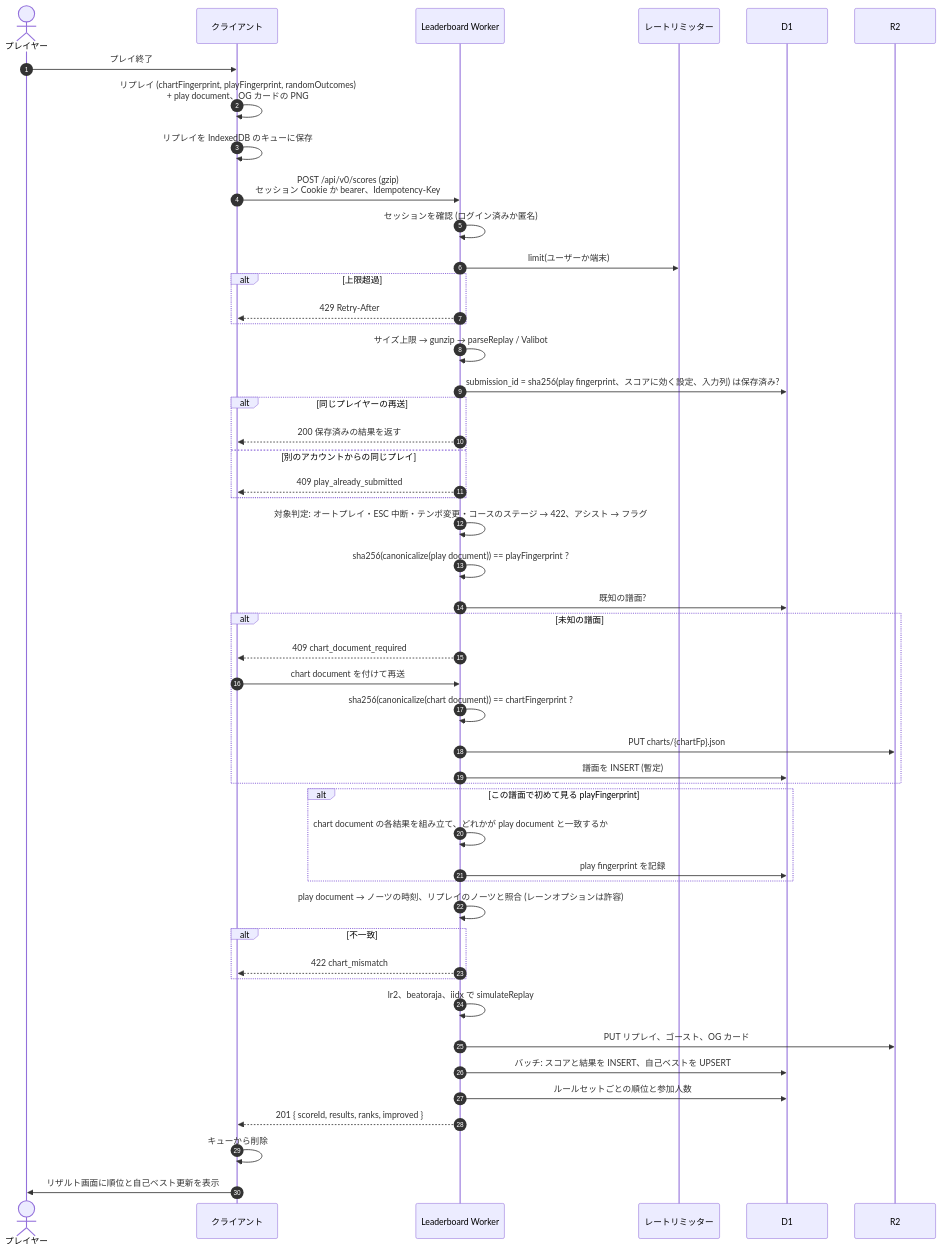
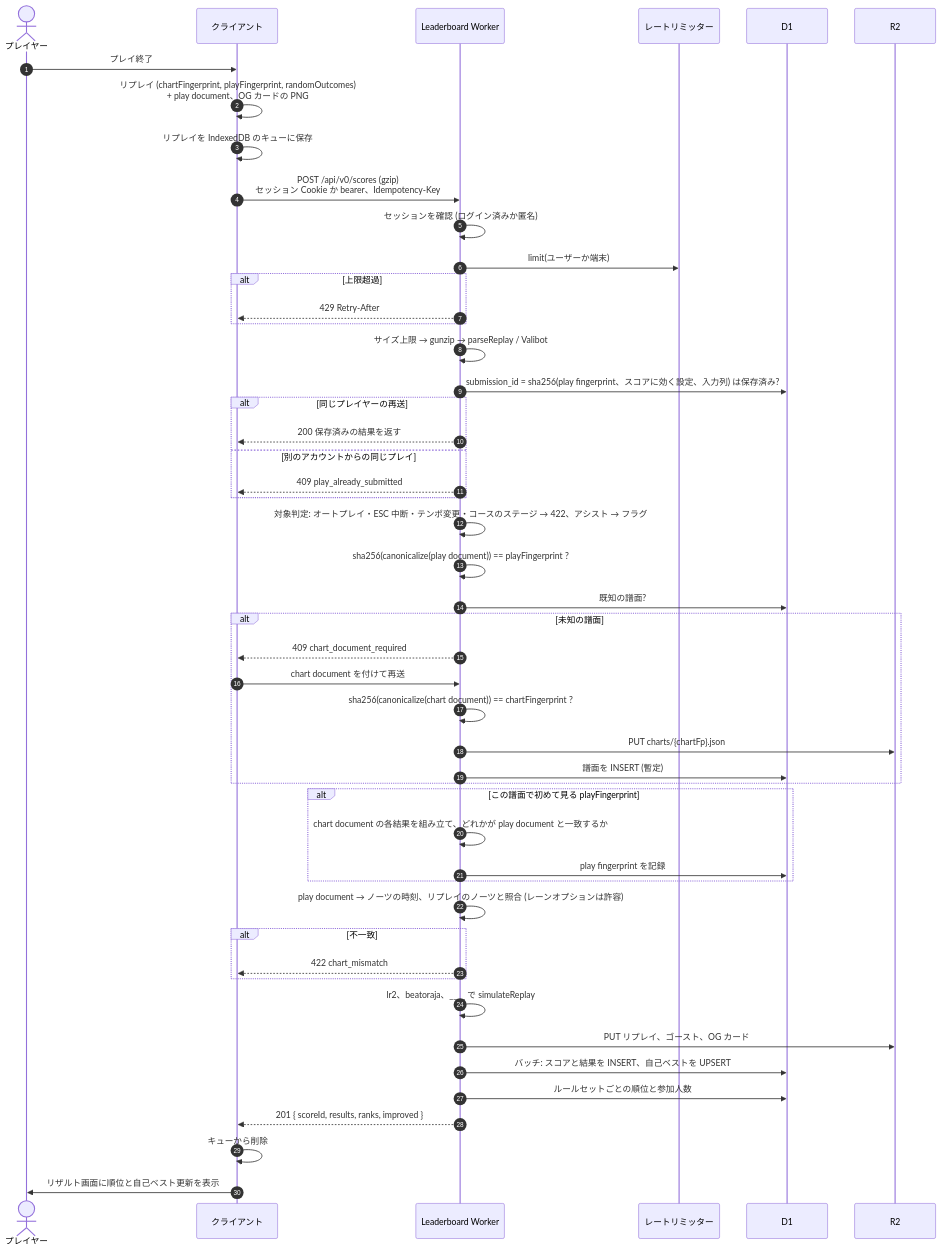
Before and after one commit to nulltask/be-music: the second of 4 diagrams in docs/leaderboard.ja.md, drawn with Mermaid. The commit also changed other lines of this file and 45 other files, not shown here.

````diff
--- a/docs/leaderboard.ja.md
+++ b/docs/leaderboard.ja.md
@@ -130,52 +130,52 @@
 ```mermaid
 sequenceDiagram
     autonumber
     actor P as プレイヤー
     participant C as クライアント
     participant A as Leaderboard Worker
     participant RL as レートリミッター
     participant D as D1
     participant R as R2
 
     P->>C: プレイ終了
     C->>C: リプレイ (chartFingerprint, playFingerprint, randomOutcomes)<br/>+ play document、OG カードの PNG
     C->>C: リプレイを IndexedDB のキューに保存
     C->>A: POST /api/v0/scores (gzip)<br/>セッション Cookie か bearer、Idempotency-Key
     A->>A: セッションを確認 (ログイン済みか匿名)
     A->>RL: limit(ユーザーか端末)
     alt 上限超過
         A-->>C: 429 Retry-After
     end
     A->>A: サイズ上限 → gunzip → parseReplay / Valibot
     A->>D: submission_id = sha256(play fingerprint、スコアに効く設定、入力列) は保存済み?
     alt 同じプレイヤーの再送
         A-->>C: 200 保存済みの結果を返す
     else 別のアカウントからの同じプレイ
         A-->>C: 409 play_already_submitted
     end
     A->>A: 対象判定: オートプレイ・ESC 中断・テンポ変更・コースのステージ → 422、アシスト → フラグ
     A->>A: sha256(canonicalize(play document)) == playFingerprint ?
     A->>D: 既知の譜面?
     alt 未知の譜面
         A-->>C: 409 chart_document_required
         C->>A: chart document を付けて再送
         A->>A: sha256(canonicalize(chart document)) == chartFingerprint ?
         A->>R: PUT charts/{chartFp}.json
         A->>D: 譜面を INSERT (暫定)
     end
     alt この譜面で初めて見る playFingerprint
         A->>A: chart document の各結果を組み立て、どれかが play document と一致するか
         A->>D: play fingerprint を記録
     end
     A->>A: play document → ノーツの時刻、リプレイのノーツと照合 (レーンオプションは許容)
     alt 不一致
         A-->>C: 422 chart_mismatch
     end
-    A->>A: lr2、beatoraja、iidx で simulateReplay
+    A->>A: lr2、beatoraja、____ で simulateReplay
     A->>R: PUT リプレイ、ゴースト、OG カード
     A->>D: バッチ: スコアと結果を INSERT、自己ベストを UPSERT
     A->>D: ルールセットごとの順位と参加人数
     A-->>C: 201 { scoreId, results, ranks, improved }
     C->>C: キューから削除
     C->>P: リザルト画面に順位と自己ベスト更新を表示
 ```
````
